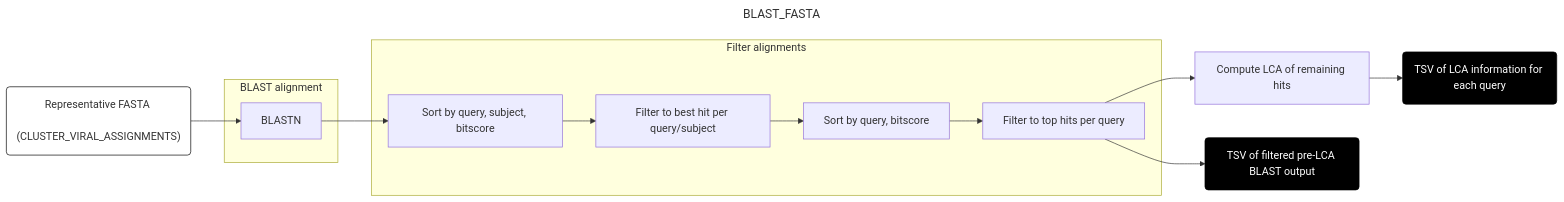
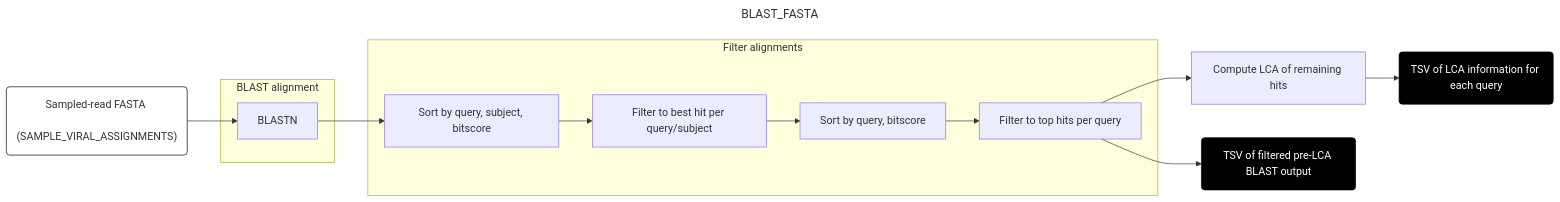
One commit to securebio/nao-mgs-workflow changed the eighth of 10 diagrams in docs/downstream.md. Above: the diagram before and after it, drawn with Mermaid. The commit also changed other lines of this file and 67 other files, not shown here.

````diff
--- a/docs/downstream.md
+++ b/docs/downstream.md
@@ -400,28 +420,28 @@
 ```mermaid
 ---
 title: BLAST_FASTA
 config:
   layout: horizontal
 ---
 flowchart LR
-A("Representative FASTA <br> (CLUSTER_VIRAL_ASSIGNMENTS)") --> B[BLASTN]
+A("Sampled-read FASTA <br> (SAMPLE_VIRAL_ASSIGNMENTS)") --> B[BLASTN]
 B --> C[Sort by query, subject, bitscore]
 C --> D[Filter to best hit per query/subject]
 D --> E[Sort by query, bitscore]
 E --> F[Filter to top hits per query]
 F --> G[Compute LCA of remaining hits]
 G --> H(TSV of LCA information for each query)
 F --> I(TSV of filtered pre-LCA BLAST output)
 subgraph "BLAST alignment"
 B
 end
 subgraph "Filter alignments"
 C
 D
 E
 F
 end
 style A fill:#fff,stroke:#000
 style H fill:#000,color:#fff,stroke:#000
 style I fill:#000,color:#fff,stroke:#000
 ```
````
